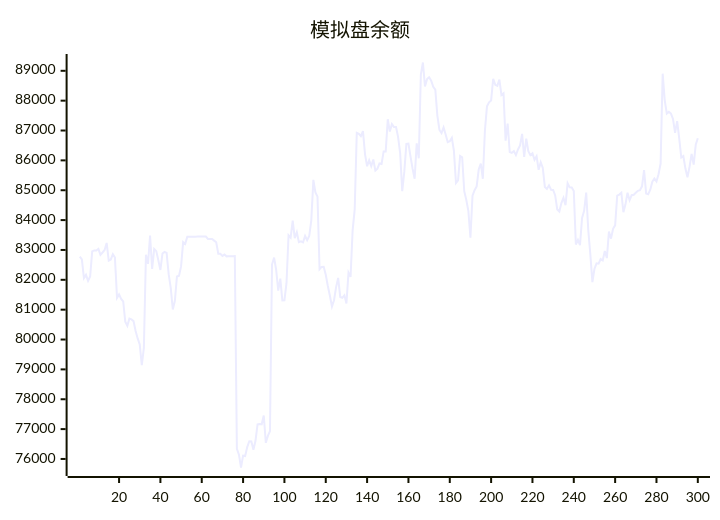
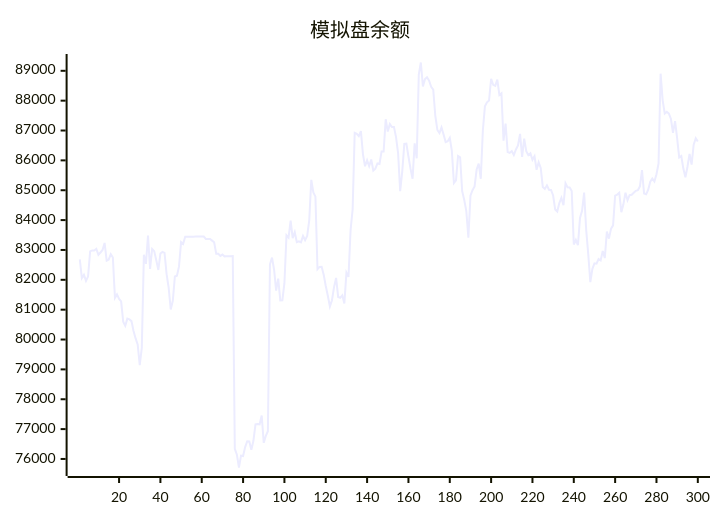
One commit to aahl/ai-trading changed the diagram in README.md. Above: the diagram before and after it, drawn with Mermaid. The commit also changed other lines of this file and 1 other file, not shown here.

````diff
--- a/README.md
+++ b/README.md
@@ -5,5 +5,5 @@
 ```mermaid
 xychart
     title "模拟盘余额"
-    line [82778,82686,82056,82166,81963,82110,82951,82983,82984,83038,82838,82915,82998,83235,82642,82682,82858,82746,81396,81512,81362,81277,80600,80461,80699,80673,80616,80288,80038,79836,79142,79722,82837,82533,83480,82366,83032,82960,82654,82330,82883,82934,82901,82188,81728,81005,81298,82110,82135,82449,83264,83203,83440,83439,83440,83440,83446,83447,83448,83447,83448,83449,83369,83369,83369,83313,83256,82872,82873,82801,82844,82785,82791,82791,82793,82794,76339,76145,75714,76110,76096,76397,76594,76585,76310,76607,77160,77170,77160,77456,76541,76774,76927,82520,82744,82337,81639,82040,81307,81314,81887,83490,83414,83984,83396,83594,83261,83287,83253,83470,83327,83465,83987,85348,84930,84786,82355,82433,82438,82167,81795,81466,81105,81315,81756,82064,81426,81398,81481,81210,82242,82099,83658,84359,86925,86892,86814,86980,86203,85802,86003,85811,86028,85657,85721,85896,85880,86300,86299,87378,86965,87214,87115,87118,86780,86238,84966,85623,86555,86562,86129,85722,85387,86569,86070,88870,89278,88477,88720,88781,88668,88467,88372,87493,87018,86917,87102,86870,86613,86644,86758,86317,85242,85334,86149,86106,84968,84671,84302,83410,84816,85001,85127,85693,85891,85384,87001,87811,87945,88007,88734,88528,88495,88705,88189,88248,86662,87234,86279,86251,86314,86177,86364,86503,86886,86114,86731,86310,86176,86240,86017,86136,85685,85938,85749,85111,85044,85164,85016,85008,84824,84354,84287,84572,84745,84500,85234,85096,85095,84970,83180,83338,83157,84070,84309,84922,83667,82850,81924,82369,82552,82539,82695,82648,82962,82728,83619,83378,83710,83825,84819,84854,84917,84265,84527,84919,84668,84834,84850,84916,84981,85004,85131,85674,84891,84864,85019,85284,85393,85294,85538,85894,88904,88012,87567,87625,87568,87386,86920,87313,86737,86094,86143,85725,85437,85787,86219,85859,86526,86740]
+    line [82686,82056,82166,81963,82110,82951,82983,82984,83038,82838,82915,82998,83235,82642,82682,82858,82746,81396,81512,81362,81277,80600,80461,80699,80673,80616,80288,80038,79836,79142,79722,82837,82533,83480,82366,83032,82960,82654,82330,82883,82934,82901,82188,81728,81005,81298,82110,82135,82449,83264,83203,83440,83439,83440,83440,83446,83447,83448,83447,83448,83449,83369,83369,83369,83313,83256,82872,82873,82801,82844,82785,82791,82791,82793,82794,76339,76145,75714,76110,76096,76397,76594,76585,76310,76607,77160,77170,77160,77456,76541,76774,76927,82520,82744,82337,81639,82040,81307,81314,81887,83490,83414,83984,83396,83594,83261,83287,83253,83470,83327,83465,83987,85348,84930,84786,82355,82433,82438,82167,81795,81466,81105,81315,81756,82064,81426,81398,81481,81210,82242,82099,83658,84359,86925,86892,86814,86980,86203,85802,86003,85811,86028,85657,85721,85896,85880,86300,86299,87378,86965,87214,87115,87118,86780,86238,84966,85623,86555,86562,86129,85722,85387,86569,86070,88870,89278,88477,88720,88781,88668,88467,88372,87493,87018,86917,87102,86870,86613,86644,86758,86317,85242,85334,86149,86106,84968,84671,84302,83410,84816,85001,85127,85693,85891,85384,87001,87811,87945,88007,88734,88528,88495,88705,88189,88248,86662,87234,86279,86251,86314,86177,86364,86503,86886,86114,86731,86310,86176,86240,86017,86136,85685,85938,85749,85111,85044,85164,85016,85008,84824,84354,84287,84572,84745,84500,85234,85096,85095,84970,83180,83338,83157,84070,84309,84922,83667,82850,81924,82369,82552,82539,82695,82648,82962,82728,83619,83378,83710,83825,84819,84854,84917,84265,84527,84919,84668,84834,84850,84916,84981,85004,85131,85674,84891,84864,85019,85284,85393,85294,85538,85894,88904,88012,87567,87625,87568,87386,86920,87313,86737,86094,86143,85725,85437,85787,86219,85859,86526,86740,86630]
 ```
````
